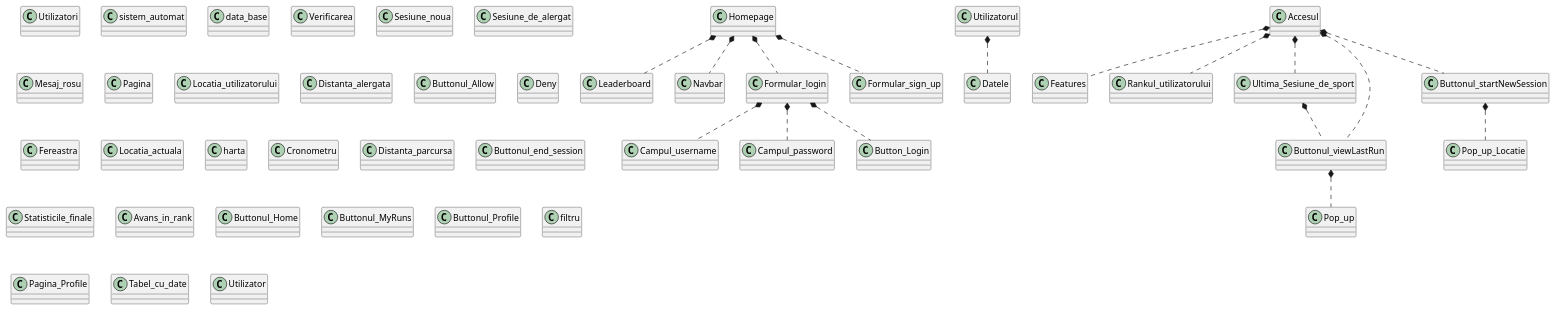
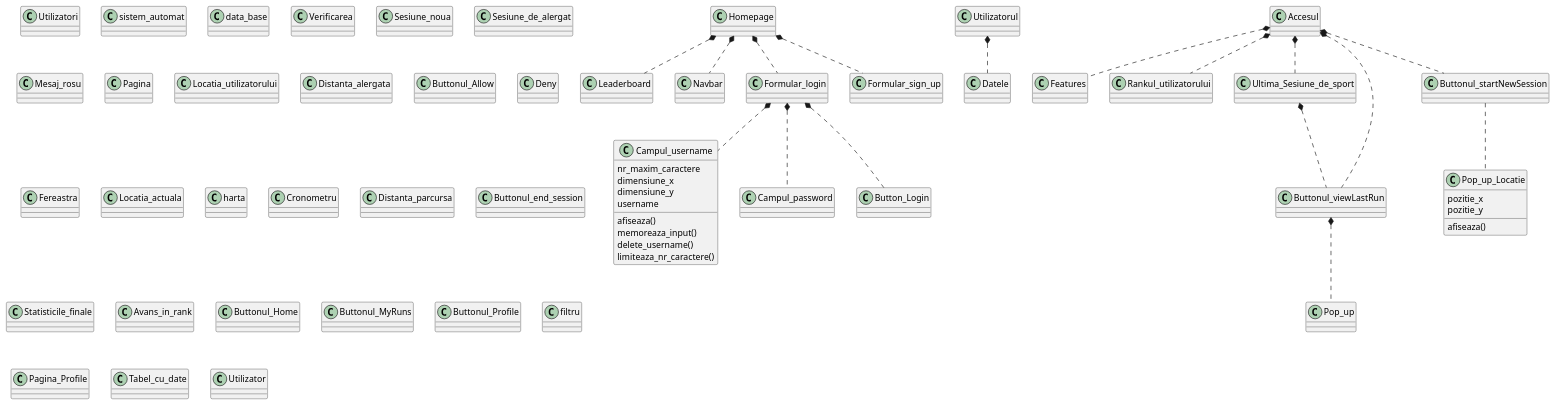
The diagram in ok.puml (kechillosh/req), drawn with PlantUML before and after one commit.

```diff
--- a/ok.puml
+++ b/ok.puml
@@ -1,180 +1,191 @@
 @startuml
 'https://plantuml.com/class-diagram
 
 class Homepage{
 }
 
 class Leaderboard{
 }
 
 class Utilizatori{
 }
 
 class Navbar{
 }
 
 class Formular_login{
 }
 
 class Formular_sign_up{
 }
 
 class Campul_username{
+nr_maxim_caractere
+dimensiune_x
+dimensiune_y
+username
+afiseaza()
+memoreaza_input()
+delete_username()
+limiteaza_nr_caractere()
 }
 
 class Campul_password{
 }
 
 class Button_Login {
 }
 
 class Utilizatorul{
 }
 
 class Datele{
 }
 
 class sistem_automat{
 }
 
 class data_base {
 }
 
 class Verificarea{
 }
 
 class Accesul{
 }
 
 class Features{
 }
 
 class Rankul_utilizatorului{
 }
 
 class Ultima_Sesiune_de_sport{
 }
 
 class Buttonul_viewLastRun{
 }
 
 class Sesiune_noua{
 }
 
 class Pop_up{
 }
 
 class Sesiune_de_alergat{
 }
 
 class Buttonul_startNewSession{
 }
 
 class Mesaj_rosu{
 }
 
 class Pagina {
 }
 
 class Locatia_utilizatorului {
 }
 
 class Distanta_alergata {
 }
 
 class Pop_up_Locatie {
+pozitie_x
+pozitie_y
+afiseaza()
 }
 
 class Buttonul_Allow {
 }
 
 class Deny{
 }
 
 class Fereastra {
 }
 
 class Locatia_actuala {
 }
 
 class harta {
 }
 
 class Cronometru {
 }
 
 class Distanta_parcursa {
 }
 
 class Buttonul_end_session {
 }
 
 class Statisticile_finale {
 }
 
 class Avans_in_rank {
 }
 
 class Buttonul_Home {
 }
 
 class Buttonul_MyRuns {
 }
 
 class Buttonul_Profile {
 }
 
 class filtru {
 }
 
 class Homepage {
 }
 
 
 
 
 
 
 
 class Pagina_Profile {
 }
 
 class Tabel_cu_date {
 }
 
 class Utilizator {
 }
 
 
 
 
 
 
 Homepage *.. Leaderboard
 Homepage *.. Navbar
 Homepage *.. Formular_login
 Homepage *.. Formular_sign_up
 
 
 Formular_login *.. Campul_username
 Formular_login *.. Campul_password
 Formular_login *.. Button_Login
 
 
 
 Utilizatorul *.. Datele
 
 Accesul *.. Features
 Accesul *.. Rankul_utilizatorului
 Accesul *.. Ultima_Sesiune_de_sport
 Ultima_Sesiune_de_sport *.. Buttonul_viewLastRun
 Accesul *.. Buttonul_viewLastRun
 Accesul *.. Buttonul_startNewSession
 
 Buttonul_viewLastRun *.. Pop_up
 
-Buttonul_startNewSession *.. Pop_up_Locatie
+Buttonul_startNewSession .. Pop_up_Locatie
 
 
 
 @enduml
```
